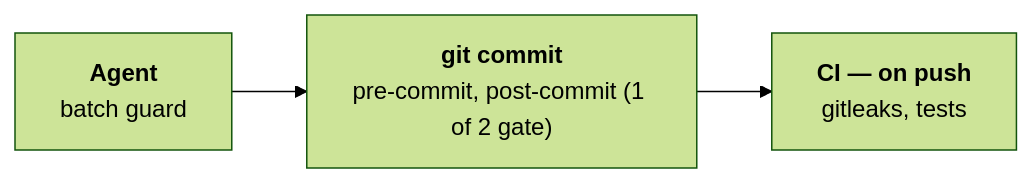
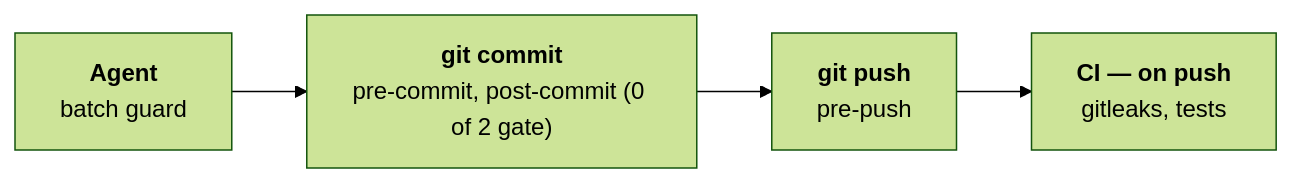
One commit to buedaswag/dev-setup changed the diagram in README.md. Above: the diagram before and after it, drawn with Mermaid (forest theme). The commit also changed other lines of this file and 12 other files, not shown here.

Commit message:
wip: .githooks/pre-commit, .githooks/pre-push, .github/workflows/security.yml, README.md, docs/ACD/ACD.md, docs/ACD/spec/1-intent.md, docs/ACD/spec/example-spec.md, docs/pipeline.md, docs/pipeline.mmd, docs/pipeline.svg, scripts/secret_scan.sh, tests/test_batch_guard.py, tests/test_secret_scan.py

````diff
--- a/README.md
+++ b/README.md
@@ -77,8 +80,10 @@
 ```mermaid
 graph LR
     agent["<b>Agent</b><br/>batch guard"]
-    commit["<b>git commit</b><br/>pre-commit, post-commit (1 of 2 gate)"]
+    commit["<b>git commit</b><br/>pre-commit, post-commit (0 of 2 gate)"]
+    push["<b>git push</b><br/>pre-push"]
     ci["<b>CI — on push</b><br/>gitleaks, tests"]
     agent --> commit
-    commit --> ci
+    commit --> push
+    push --> ci
 ```
````
